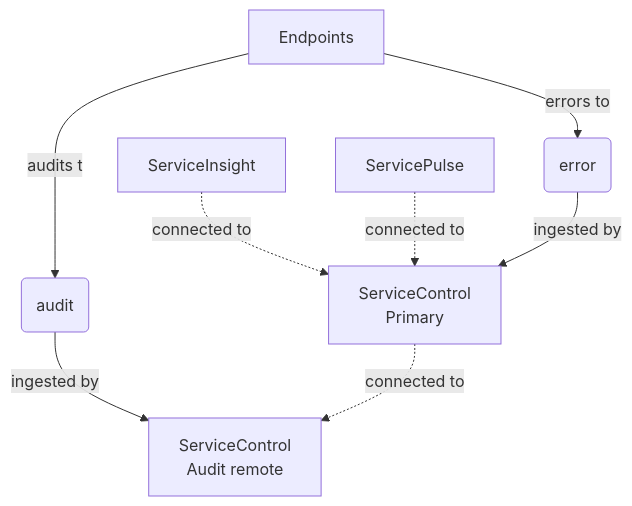
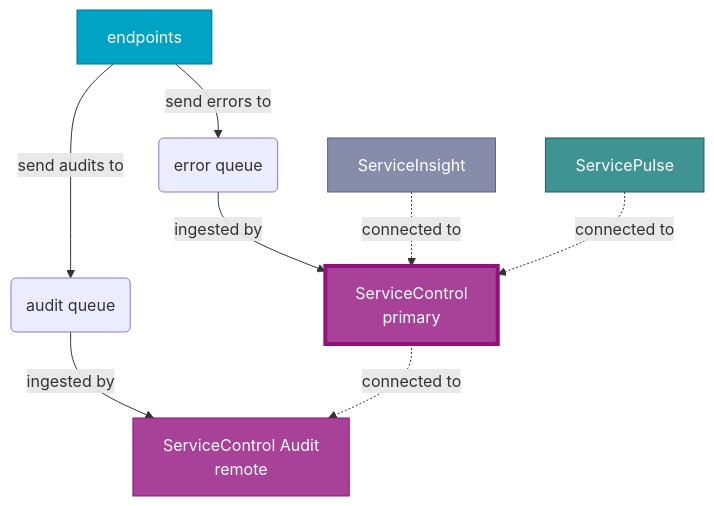
One commit to Particular/docs.particular.net changed the first of 3 diagrams in servicecontrol/servicecontrol-instances/remotes.md. Above: the diagram before and after it, drawn with Mermaid. The commit also changed other lines of this file, not shown here.

````diff
--- a/servicecontrol/servicecontrol-instances/remotes.md
+++ b/servicecontrol/servicecontrol-instances/remotes.md
@@ -23,12 +21,25 @@
 ```mermaid
 graph TD
-SI[ServiceInsight] -. connected to .->Primary
-SP[ServicePulse] -. connected to .-> Primary
-Endpoints -- audits to--> AuditsMain(audit)
-Endpoints -- errors to --> Errors(error)
-Primary[ServiceControl<br/>Primary]
-Secondary[ServiceControl<br/>Audit remote]
-AuditsMain -- ingested by --> Secondary
-Errors-- ingested by --> Primary
-Primary -. connected to .-> Secondary
+Endpoints[endpoints] -- send audits to --> AuditQueue(audit queue)
+
+Endpoints -- send errors to --> ErrorQueue(error queue)
+
+ErrorQueue -- ingested by --> ServiceControl[ServiceControl<br/>primary]
+ServiceInsight -. connected to .-> ServiceControl
+ServicePulse -. connected to .-> ServiceControl
+
+AuditQueue -- ingested by --> ServiceControlAudit[ServiceControl Audit<br/>remote]
+ServiceControl -. connected to .-> ServiceControlAudit
+
+classDef Endpoints fill:#00A3C4,stroke:#00729C,color:#FFFFFF
+classDef ServiceInsight fill:#878CAA,stroke:#585D80,color:#FFFFFF
+classDef ServicePulse fill:#409393,stroke:#205B5D,color:#FFFFFF
+classDef ServiceControlPrimary fill:#A84198,stroke:#92117E,color:#FFFFFF,stroke-width:4px
+classDef ServiceControlRemote fill:#A84198,stroke:#92117E,color:#FFFFFF
+
+class Endpoints Endpoints
+class ServiceInsight ServiceInsight
+class ServicePulse ServicePulse
+class ServiceControl ServiceControlPrimary
+class ServiceControlAudit ServiceControlRemote
 ```
````
